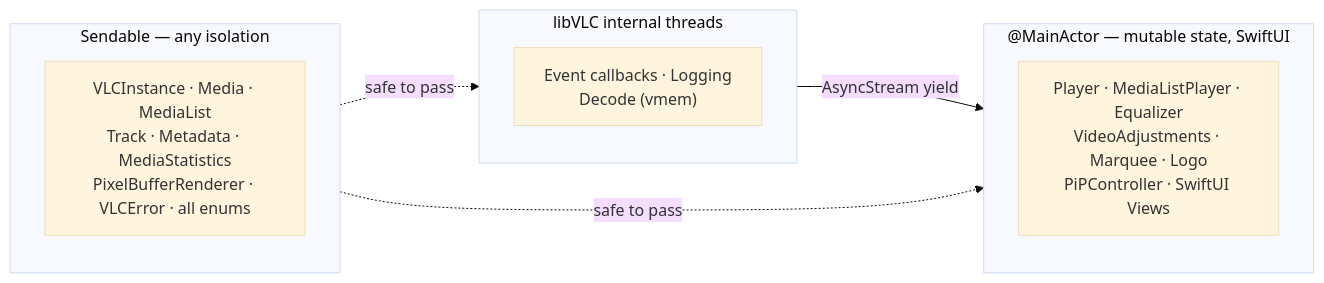
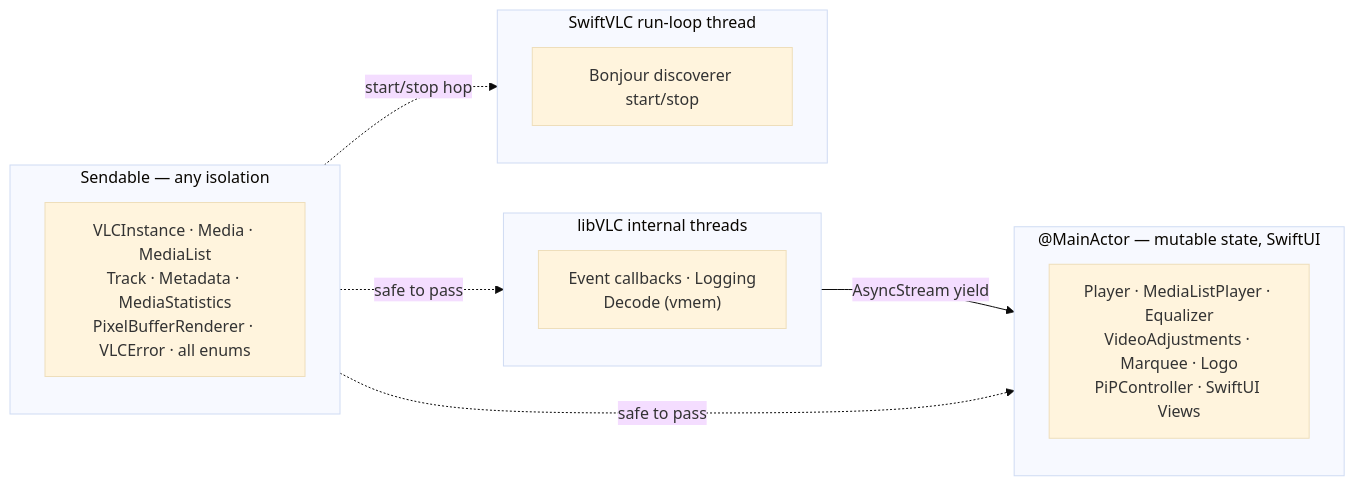
Before and after one commit to harflabs/SwiftVLC: the third of 7 diagrams in ARCHITECTURE.md, drawn with Mermaid (base theme). The commit also changed other lines of this file and 1 other file, not shown here.

First line of the commit message:
Rewrite the README and the architecture document

````diff
--- a/ARCHITECTURE.md
+++ b/ARCHITECTURE.md
@@ -346,18 +412,23 @@
 ```mermaid
 flowchart LR
     subgraph MainActor["@MainActor — mutable state, SwiftUI"]
         MA["Player · MediaListPlayer · Equalizer<br/>VideoAdjustments · Marquee · Logo<br/>PiPController · SwiftUI Views"]
     end
 
     subgraph VLCThreads["libVLC internal threads"]
         VLC["Event callbacks · Logging<br/>Decode (vmem)"]
     end
 
     subgraph Sendable["Sendable — any isolation"]
         S["VLCInstance · Media · MediaList<br/>Track · Metadata · MediaStatistics<br/>PixelBufferRenderer · VLCError · all enums"]
     end
 
+    subgraph RunLoop["SwiftVLC run-loop thread"]
+        RL["Bonjour discoverer start/stop"]
+    end
+
     VLCThreads -->|"AsyncStream yield"| MainActor
     Sendable -.->|"safe to pass"| MainActor
     Sendable -.->|"safe to pass"| VLCThreads
+    Sendable -.->|"start/stop hop"| RunLoop
 ```
````
